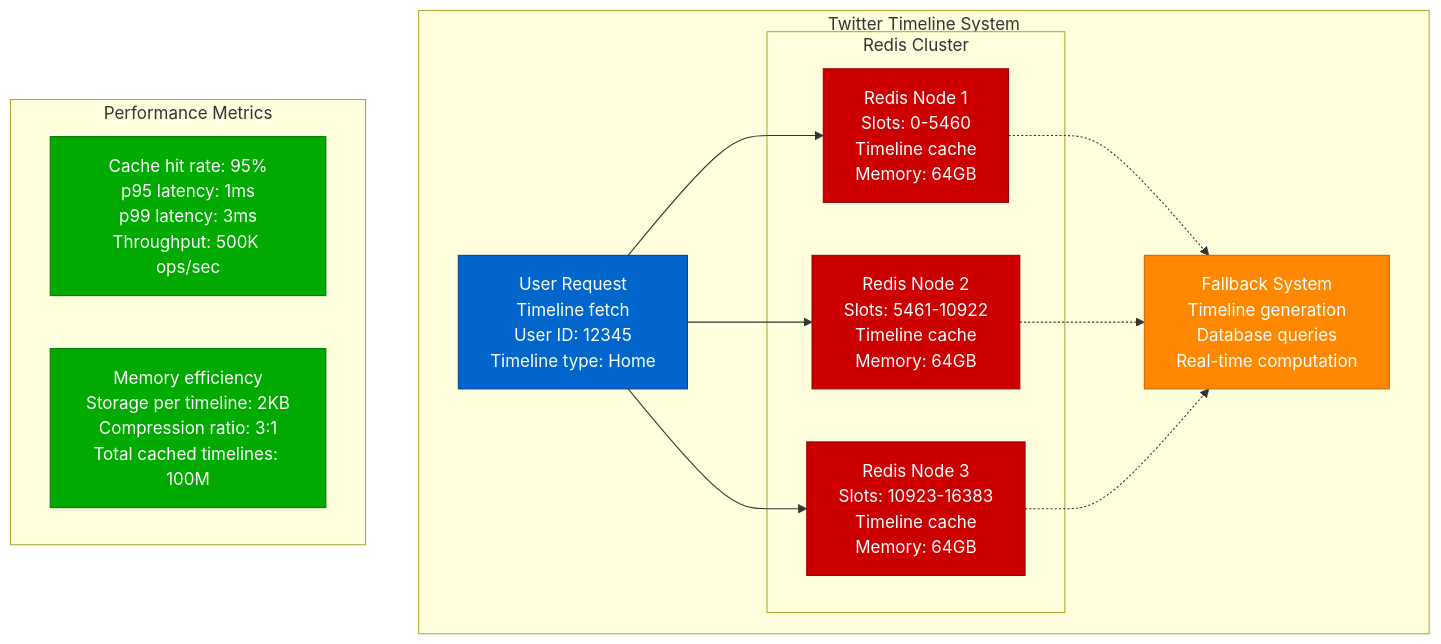
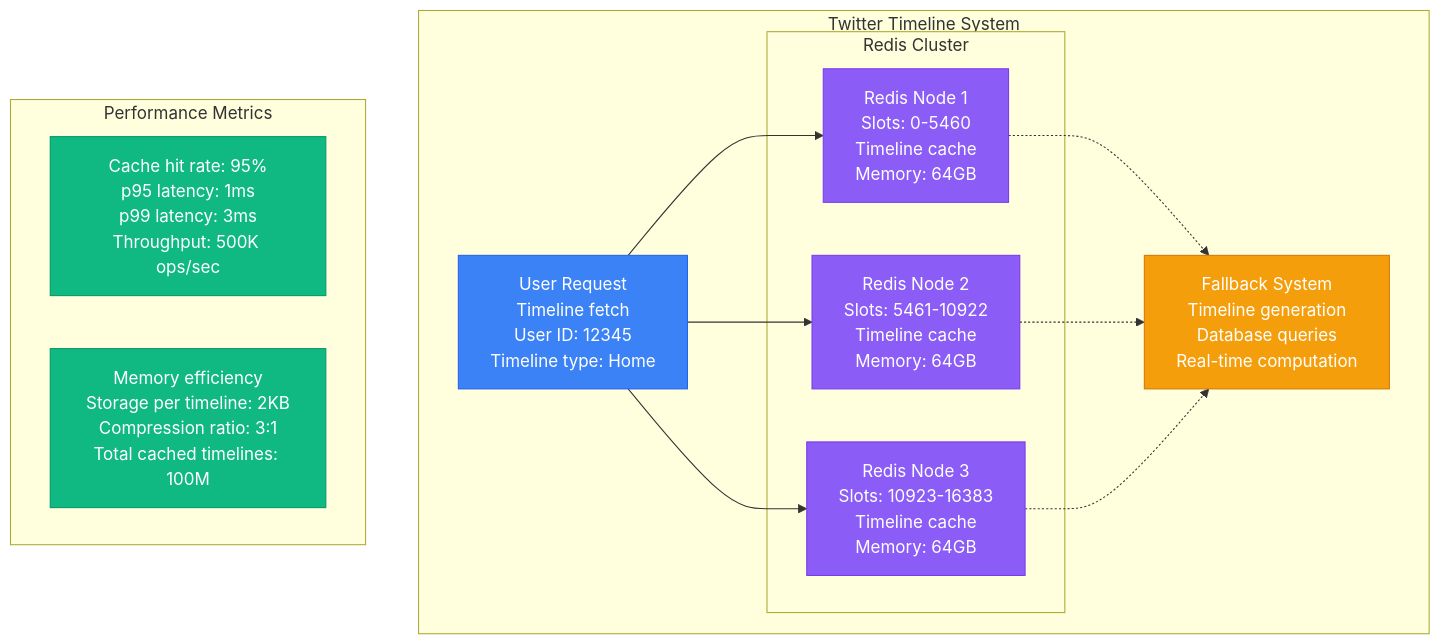
Before and after one commit to deepaucksharma/DS: diagram 12 of 15 in site/docs/performance/redis-performance-profile.md, drawn with Mermaid. The commit also changed other lines of this file and 303 other files, not shown here.

````diff
--- a/site/docs/performance/redis-performance-profile.md
+++ b/site/docs/performance/redis-performance-profile.md
@@ -406,39 +406,39 @@
 ```mermaid
 graph TB
     subgraph "Twitter Timeline System"
         USER[User Request<br/>Timeline fetch<br/>User ID: 12345<br/>Timeline type: Home]
 
         subgraph "Redis Cluster"
             REDIS1[Redis Node 1<br/>Slots: 0-5460<br/>Timeline cache<br/>Memory: 64GB]
 
             REDIS2[Redis Node 2<br/>Slots: 5461-10922<br/>Timeline cache<br/>Memory: 64GB]
 
             REDIS3[Redis Node 3<br/>Slots: 10923-16383<br/>Timeline cache<br/>Memory: 64GB]
         end
 
         FALLBACK[Fallback System<br/>Timeline generation<br/>Database queries<br/>Real-time computation]
 
         USER --> REDIS1
         USER --> REDIS2
         USER --> REDIS3
         REDIS1 -.-> FALLBACK
         REDIS2 -.-> FALLBACK
         REDIS3 -.-> FALLBACK
     end
 
     subgraph "Performance Metrics"
         METRICS1[Cache hit rate: 95%<br/>p95 latency: 1ms<br/>p99 latency: 3ms<br/>Throughput: 500K ops/sec]
 
         METRICS2[Memory efficiency<br/>Storage per timeline: 2KB<br/>Compression ratio: 3:1<br/>Total cached timelines: 100M]
     end
 
-    classDef userStyle fill:#0066CC,stroke:#004499,color:#fff
-    classDef redisStyle fill:#CC0000,stroke:#990000,color:#fff
-    classDef fallbackStyle fill:#FF8800,stroke:#CC6600,color:#fff
-    classDef metricsStyle fill:#00AA00,stroke:#007700,color:#fff
+    classDef userStyle fill:#3B82F6,stroke:#2563EB,color:#fff
+    classDef redisStyle fill:#8B5CF6,stroke:#7C3AED,color:#fff
+    classDef fallbackStyle fill:#F59E0B,stroke:#D97706,color:#fff
+    classDef metricsStyle fill:#10B981,stroke:#059669,color:#fff
 
     class USER userStyle
     class REDIS1,REDIS2,REDIS3 redisStyle
     class FALLBACK fallbackStyle
     class METRICS1,METRICS2 metricsStyle
 ```
````
